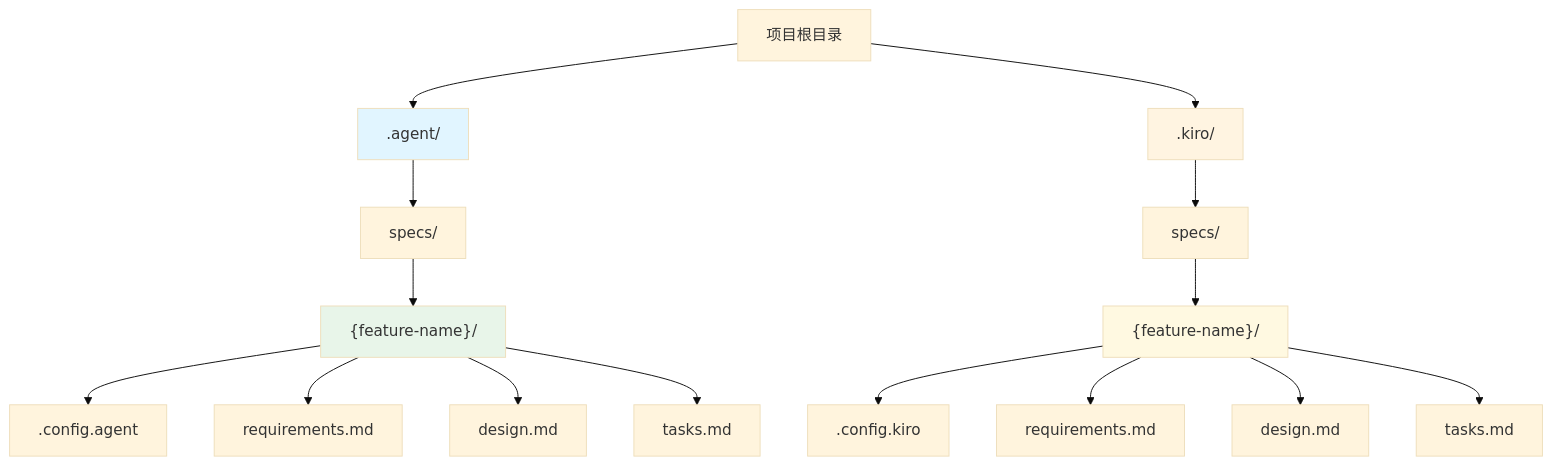
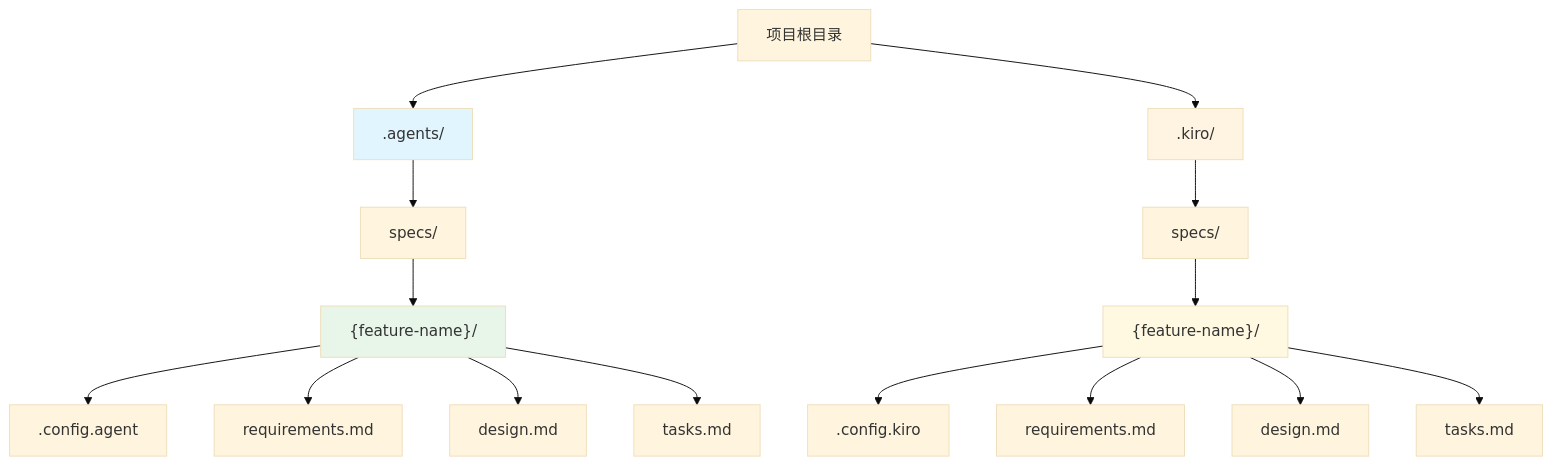
The diagram in src/AGENTS.03-directory-structure-and-configuration.md (rabi-UoxoU/Spec4Agents), drawn with Mermaid (base theme) before and after one commit. The commit also changed other lines of this file and 7 other files, not shown here.

````diff
--- a/src/AGENTS.03-directory-structure-and-configuration.md
+++ b/src/AGENTS.03-directory-structure-and-configuration.md
@@ -94,23 +94,23 @@
 ```mermaid
 graph TD
-    A[项目根目录] --> B[.agent/]
+    A[项目根目录] --> B[.agents/]
     B --> C[specs/]
     C --> D["{feature-name}/"]
     D --> E[.config.agent]
     D --> F[requirements.md]
     D --> G[design.md]
     D --> H[tasks.md]
     
     A --> I[.kiro/]
     I --> J[specs/]
     J --> K["{feature-name}/"]
     K --> L[.config.kiro]
     K --> M[requirements.md]
     K --> N[design.md]
     K --> O[tasks.md]
     
     style B fill:#e1f5ff
     style I fill:#fff4e1
     style D fill:#e8f5e9
     style K fill:#fff9e1
 ```
````
